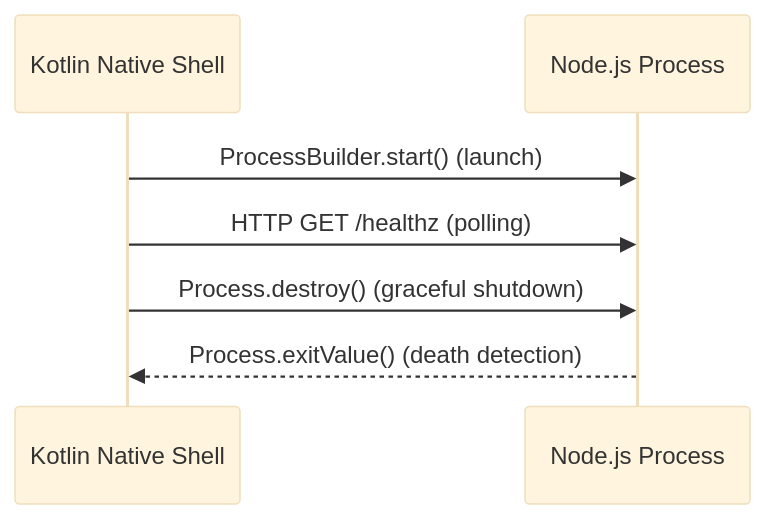
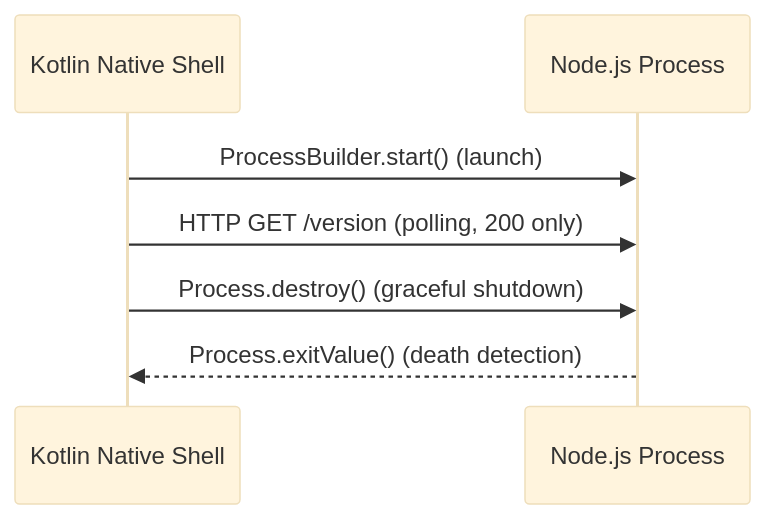
Before and after one commit to cuixinyuan666/vscodroid: the seventh of 12 diagrams in docs/03-ARCHITECTURE.md, drawn with Mermaid (base theme). The commit also changed 14 other files, not shown here.

````diff
--- a/docs/03-ARCHITECTURE.md
+++ b/docs/03-ARCHITECTURE.md
@@ -361,9 +361,9 @@
 ```mermaid
 sequenceDiagram
   participant K as Kotlin Native Shell
   participant N as Node.js Process
   K->>N: ProcessBuilder.start() (launch)
-  K->>N: HTTP GET /healthz (polling)
+  K->>N: HTTP GET /version (polling, 200 only)
   K->>N: Process.destroy() (graceful shutdown)
   N-->>K: Process.exitValue() (death detection)
 ```
````
